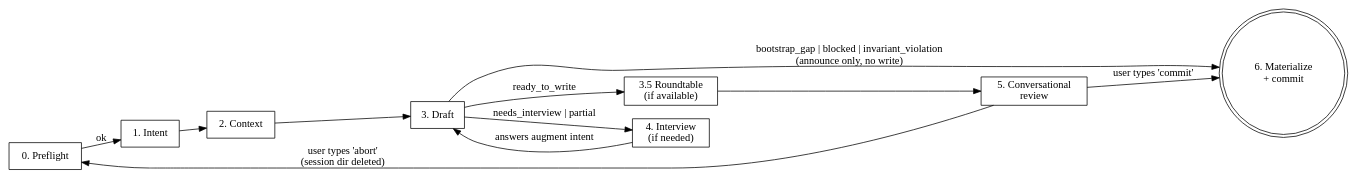
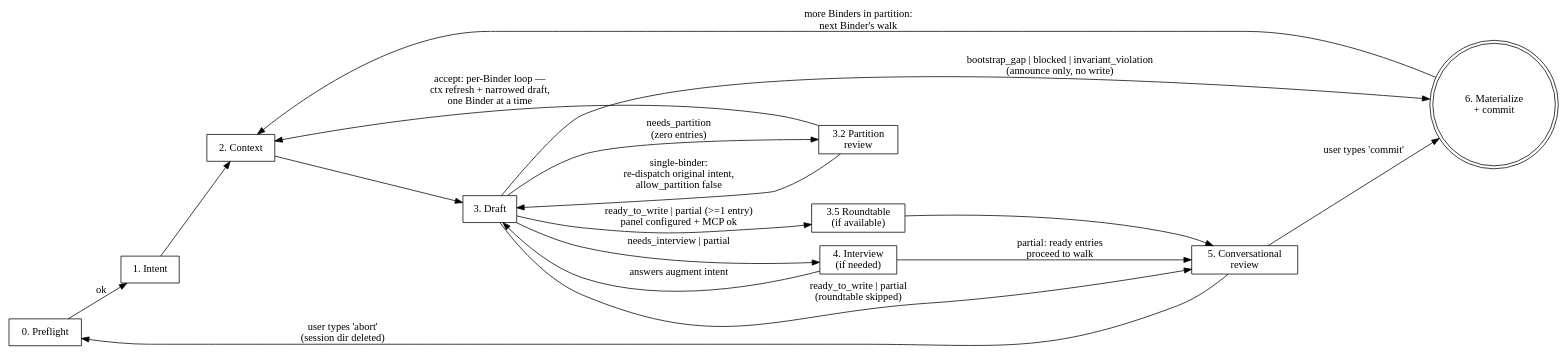
Before and after one commit to TejGandham/parchmark: the diagram in .claude/skills/keel-refine/SKILL.md, drawn with Graphviz. The commit also changed other lines of this file and 89 other files, not shown here.

````diff
--- a/.claude/skills/keel-refine/SKILL.md
+++ b/.claude/skills/keel-refine/SKILL.md
@@ -40,24 +40,31 @@
 ```dot
 digraph refine {
   rankdir=LR;
   preflight [label="0. Preflight" shape=box];
   intent [label="1. Intent" shape=box];
   ctx [label="2. Context" shape=box];
   draft [label="3. Draft" shape=box];
+  partition [label="3.2 Partition\nreview" shape=box];
   rt [label="3.5 Roundtable\n(if available)" shape=box];
   interview [label="4. Interview\n(if needed)" shape=box];
   review [label="5. Conversational\nreview" shape=box];
   commit [label="6. Materialize\n+ commit" shape=doublecircle];
 
   preflight -> intent [label="ok"];
   intent -> ctx;
   ctx -> draft;
   draft -> interview [label="needs_interview | partial"];
   interview -> draft [label="answers augment intent"];
-  draft -> rt [label="ready_to_write"];
+  interview -> review [label="partial: ready entries\nproceed to walk"];
+  draft -> partition [label="needs_partition\n(zero entries)"];
+  partition -> ctx [label="accept: per-Binder loop —\nctx refresh + narrowed draft,\none Binder at a time"];
+  partition -> draft [label="single-binder:\nre-dispatch original intent,\nallow_partition false"];
+  draft -> rt [label="ready_to_write | partial (>=1 entry)\npanel configured + MCP ok"];
   rt -> review;
+  draft -> review [label="ready_to_write | partial\n(roundtable skipped)"];
   draft -> commit [label="bootstrap_gap | blocked | invariant_violation\n(announce only, no write)"];
   review -> commit [label="user types 'commit'"];
+  commit -> ctx [label="more Binders in partition:\nnext Binder's walk"];
   review -> preflight [label="user types 'abort'\n(session dir deleted)"];
 }
 ```
````
